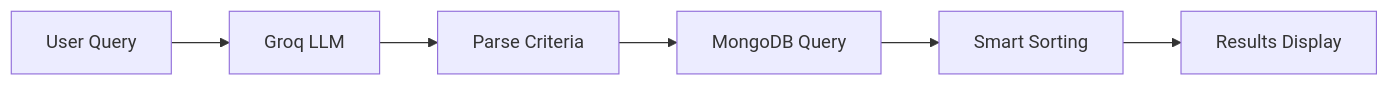
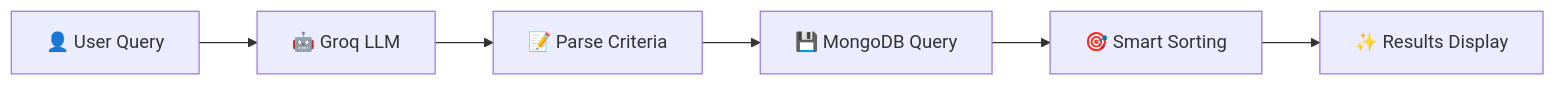
The diagram in README.md (CodeRockerr/SE_Project-3_Group4), drawn with Mermaid before and after one commit. The commit also changed other lines of this file, not shown here.

````diff
--- a/README.md
+++ b/README.md
@@ -239,8 +380,8 @@
 ```mermaid
 graph LR
-    A[User Query] --> B[Groq LLM]
-    B --> C[Parse Criteria]
-    C --> D[MongoDB Query]
-    D --> E[Smart Sorting]
-    E --> F[Results Display]
+    A[👤 User Query] --> B[🤖 Groq LLM]
+    B --> C[📝 Parse Criteria]
+    C --> D[💾 MongoDB Query]
+    D --> E[🎯 Smart Sorting]
+    E --> F[✨ Results Display]
 ```
````
